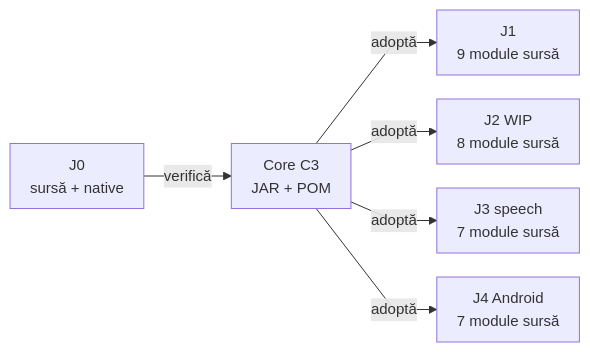
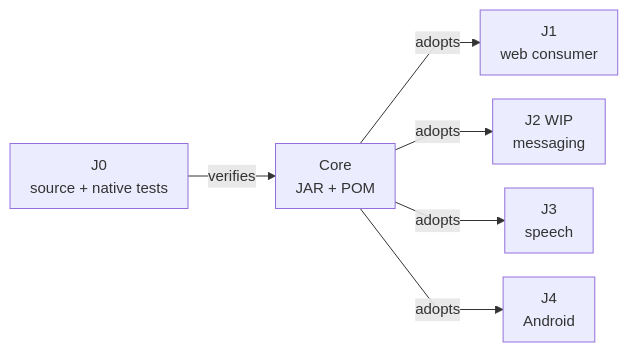
The diagram in docs/ATF_Core_Consumer.md (crististefanita/atf_j0), drawn with Mermaid before and after one commit. The commit also changed other lines of this file and 69 other files, not shown here.

````diff
--- a/docs/ATF_Core_Consumer.md
+++ b/docs/ATF_Core_Consumer.md
@@ -57,9 +49,9 @@
 ```mermaid
 %%{init: {"themeVariables":{"fontSize":"15px"},"themeCSS":".nodeLabel, .nodeLabel p { font-size: 15px !important; line-height: 1.35 !important; } .edgeLabel, .edgeLabel p { font-size: 12px !important; font-weight: 400 !important; line-height: 1.2 !important; } .edgeLabel .labelBkg, .edgeLabel p { background: transparent !important; } .edgeLabel foreignObject { transform: translateY(-18px); overflow: visible; } .node rect { rx: 6px; ry: 6px; }","flowchart":{"curve":"linear","nodeSpacing":24,"rankSpacing":40,"padding":10,"diagramPadding":16}}}%%
 flowchart LR
-    Owner["J0<br/>sursă + native"] -->|verifică| Binary["Core C3<br/>JAR + POM"]
-    Binary -->|adoptă| J1["J1<br/>9 module sursă"]
-    Binary -->|adoptă| J2["J2 WIP<br/>8 module sursă"]
-    Binary -->|adoptă| J3["J3 speech<br/>7 module sursă"]
-    Binary -->|adoptă| J4["J4 Android<br/>7 module sursă"]
+    Owner["J0<br/>source + native tests"] -->|verifies| Binary["Core<br/>JAR + POM"]
+    Binary -->|adopts| J1["J1<br/>web consumer"]
+    Binary -->|adopts| J2["J2 WIP<br/>messaging"]
+    Binary -->|adopts| J3["J3<br/>speech"]
+    Binary -->|adopts| J4["J4<br/>Android"]
 ```
````
